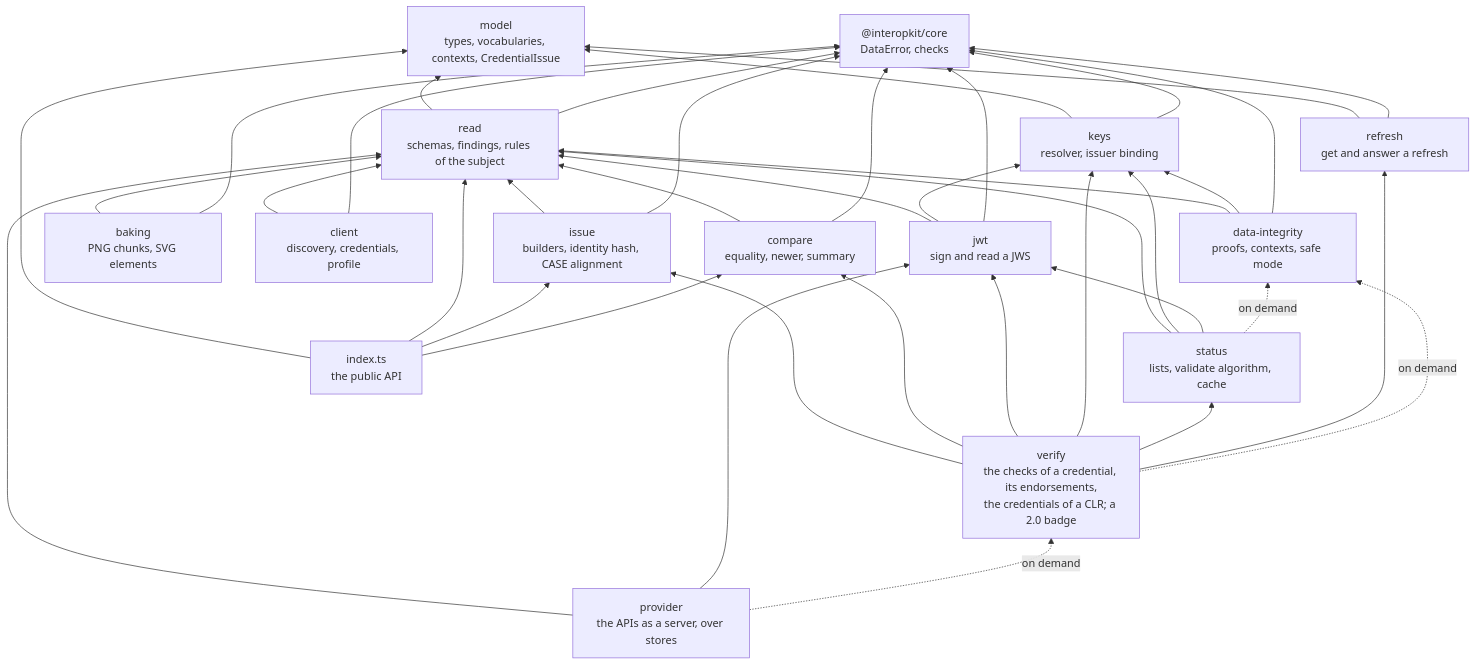
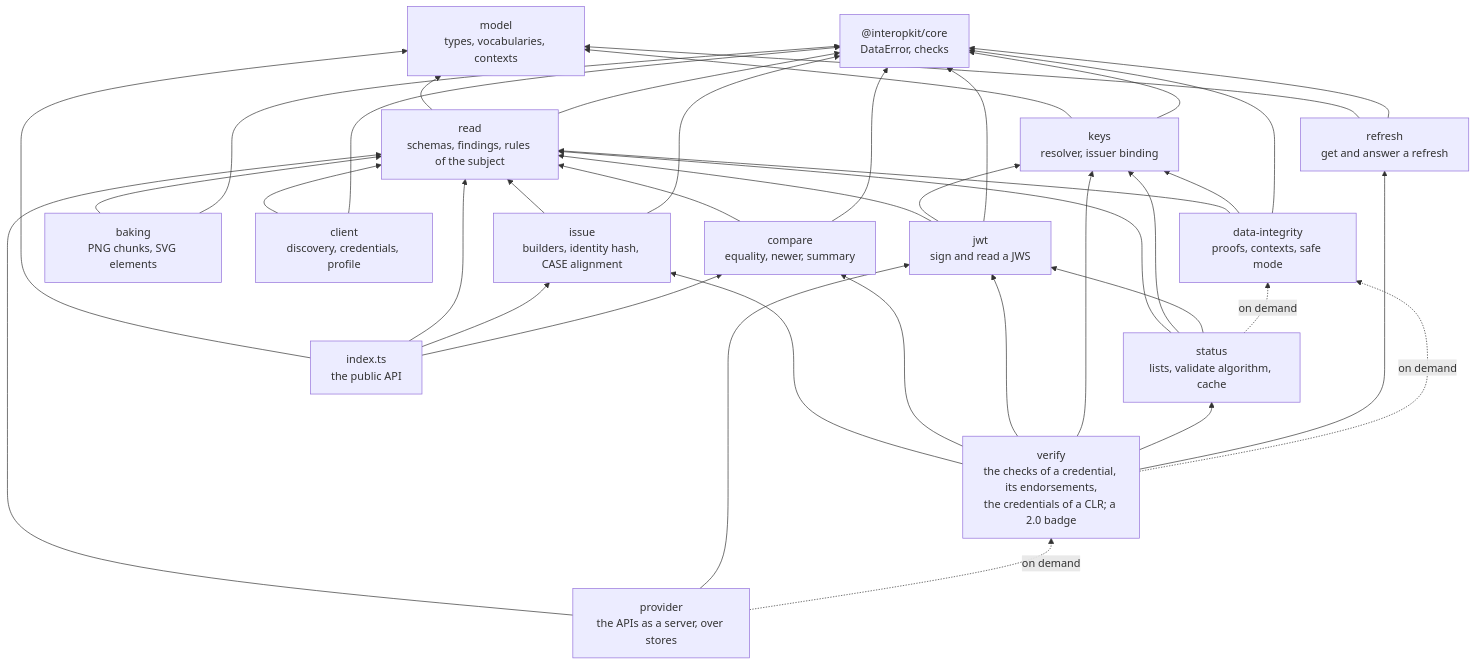
The first of 2 diagrams in docs/achievement-credentials/architecture.md (interopkit/interopkit), drawn with Mermaid before and after one commit. The commit also changed other lines of this file and 140 other files, not shown here.

````diff
--- a/docs/achievement-credentials/architecture.md
+++ b/docs/achievement-credentials/architecture.md
@@ -17,56 +17,56 @@
 ```mermaid
 flowchart BT
   core["@interopkit/core<br/>DataError, checks"]
-  model["model<br/>types, vocabularies, contexts, CredentialIssue"]
+  model["model<br/>types, vocabularies, contexts"]
   read["read<br/>schemas, findings, rules of the subject"]
   issue["issue<br/>builders, identity hash, CASE alignment"]
   compare["compare<br/>equality, newer, summary"]
   baking["baking<br/>PNG chunks, SVG elements"]
   client["client<br/>discovery, credentials, profile"]
   keys["keys<br/>resolver, issuer binding"]
   jwt["jwt<br/>sign and read a JWS"]
   di["data-integrity<br/>proofs, contexts, safe mode"]
   status["status<br/>lists, validate algorithm, cache"]
   refresh["refresh<br/>get and answer a refresh"]
   verify["verify<br/>the checks of a credential, its endorsements,<br/>the credentials of a CLR; a 2.0 badge"]
   provider["provider<br/>the APIs as a server, over stores"]
   root["index.ts<br/>the public API"]
   read --> model
   read --> core
   issue --> read
   issue --> core
   compare --> read
   compare --> core
   baking --> read
   baking --> core
   client --> read
   client --> core
   keys --> model
   keys --> core
   jwt --> read
   jwt --> keys
   jwt --> core
   di --> read
   di --> keys
   di --> core
   status --> read
   status --> keys
   status --> jwt
   status -.->|"on demand"| di
   refresh --> model
   refresh --> core
   verify --> issue
   verify --> compare
   verify --> jwt
   verify --> keys
   verify --> status
   verify --> refresh
   verify -.->|"on demand"| di
   provider --> read
   provider --> jwt
   provider -.->|"on demand"| verify
   root --> model
   root --> read
   root --> issue
   root --> compare
 ```
````
